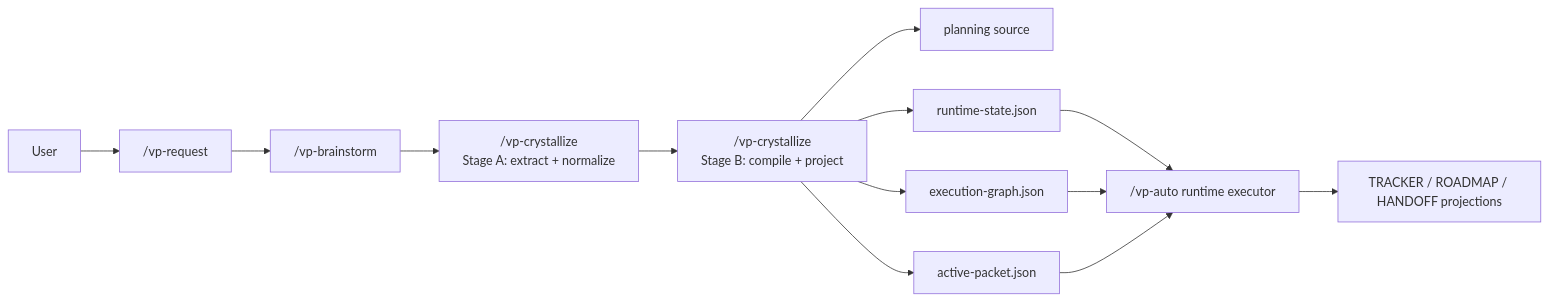
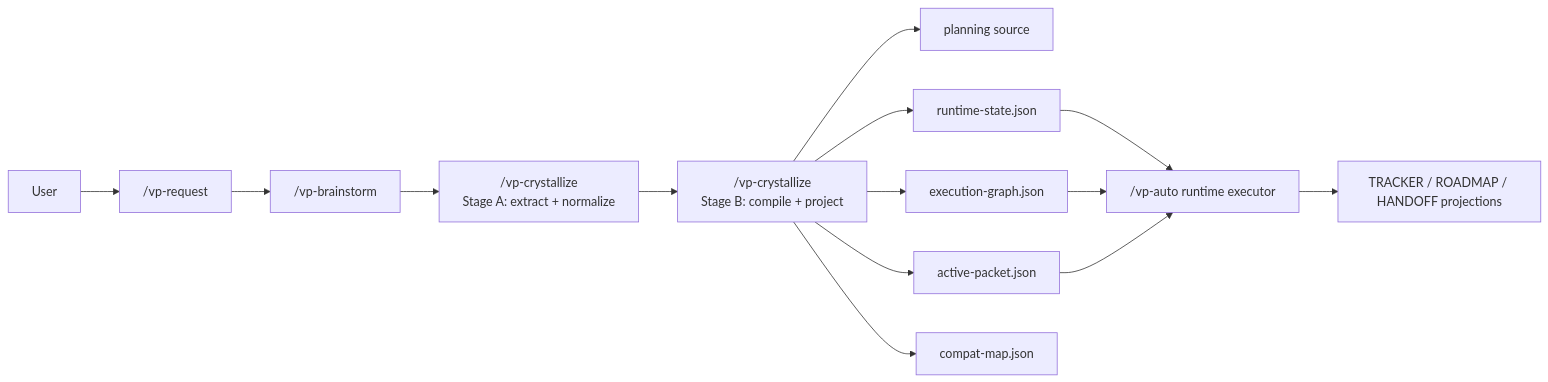
One commit to 0-CODE/viepilot changed the first of 5 diagrams in .viepilot/ARCHITECTURE.md. Above: the diagram before and after it, drawn with Mermaid. The commit also changed other lines of this file and 12 other files, not shown here.

````diff
--- a/.viepilot/ARCHITECTURE.md
+++ b/.viepilot/ARCHITECTURE.md
@@ -14,15 +14,16 @@
 ```mermaid
 flowchart LR
   U[User] --> RQ["/vp-request"]
   RQ --> BS["/vp-brainstorm"]
   BS --> EX["/vp-crystallize\nStage A: extract + normalize"]
   EX --> CP["/vp-crystallize\nStage B: compile + project"]
   CP --> PS["planning source"]
   CP --> RS["runtime-state.json"]
   CP --> EG["execution-graph.json"]
   CP --> AP["active-packet.json"]
+  CP --> CM["compat-map.json"]
   RS --> AU["/vp-auto runtime executor"]
   EG --> AU
   AP --> AU
   AU --> PJ["TRACKER / ROADMAP / HANDOFF projections"]
 ```
````
